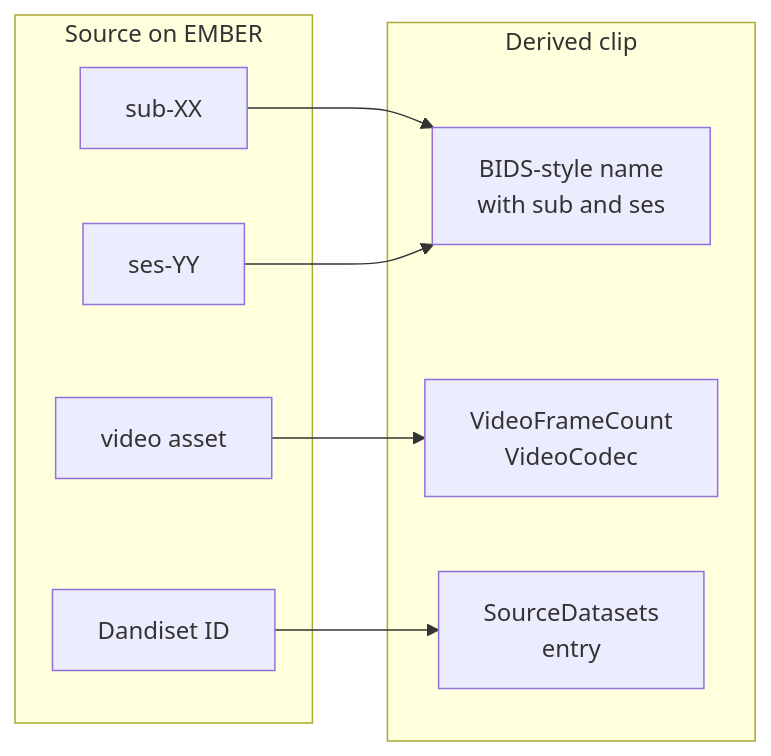
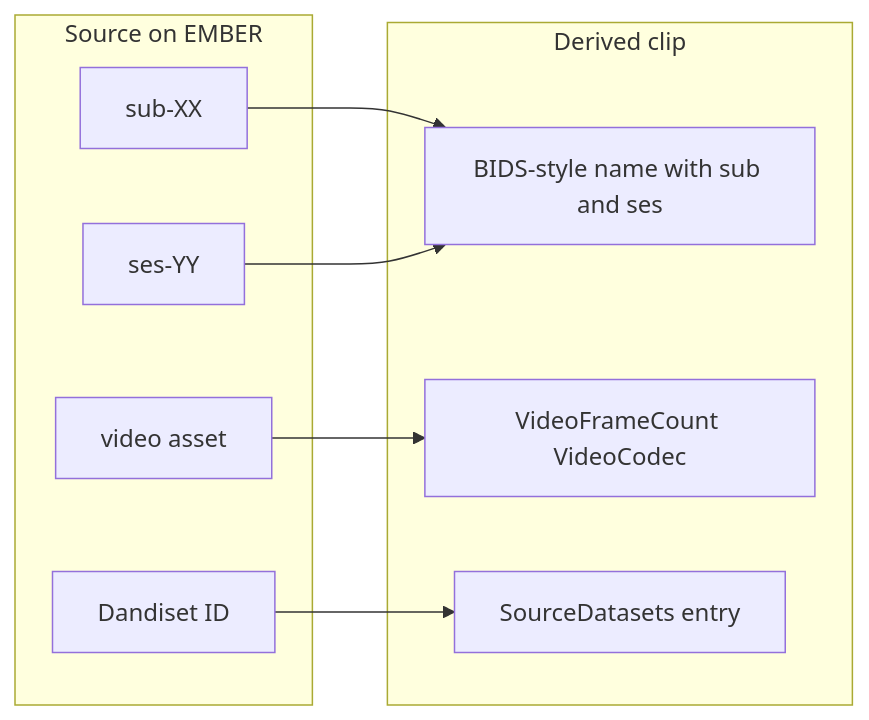
Diagram 15 of 15 in user-stories/clip-extractor.md (CodyCBakerPhD/BBQS-EMBER-docs), drawn with Mermaid before and after one commit. The commit also changed other lines of this file and 1 other file, not shown here.

First line of the commit message:
Drop manual line breaks from Mermaid labels; add agent instructions

````diff
--- a/user-stories/clip-extractor.md
+++ b/user-stories/clip-extractor.md
@@ -473,18 +473,18 @@
 ```mermaid
 flowchart LR
     subgraph source["Source on EMBER"]
         DS[Dandiset ID]
         SUB[sub-XX]
         SES[ses-YY]
         VID[video asset]
     end
     subgraph clip["Derived clip"]
-        NAME[BIDS-style name<br/>with sub and ses]
-        META[VideoFrameCount<br/>VideoCodec]
-        SRC[SourceDatasets<br/>entry]
+        NAME[BIDS-style name with sub and ses]
+        META[VideoFrameCount VideoCodec]
+        SRC[SourceDatasets entry]
     end
     DS --> SRC
     SUB --> NAME
     SES --> NAME
     VID --> META
 ```
````
